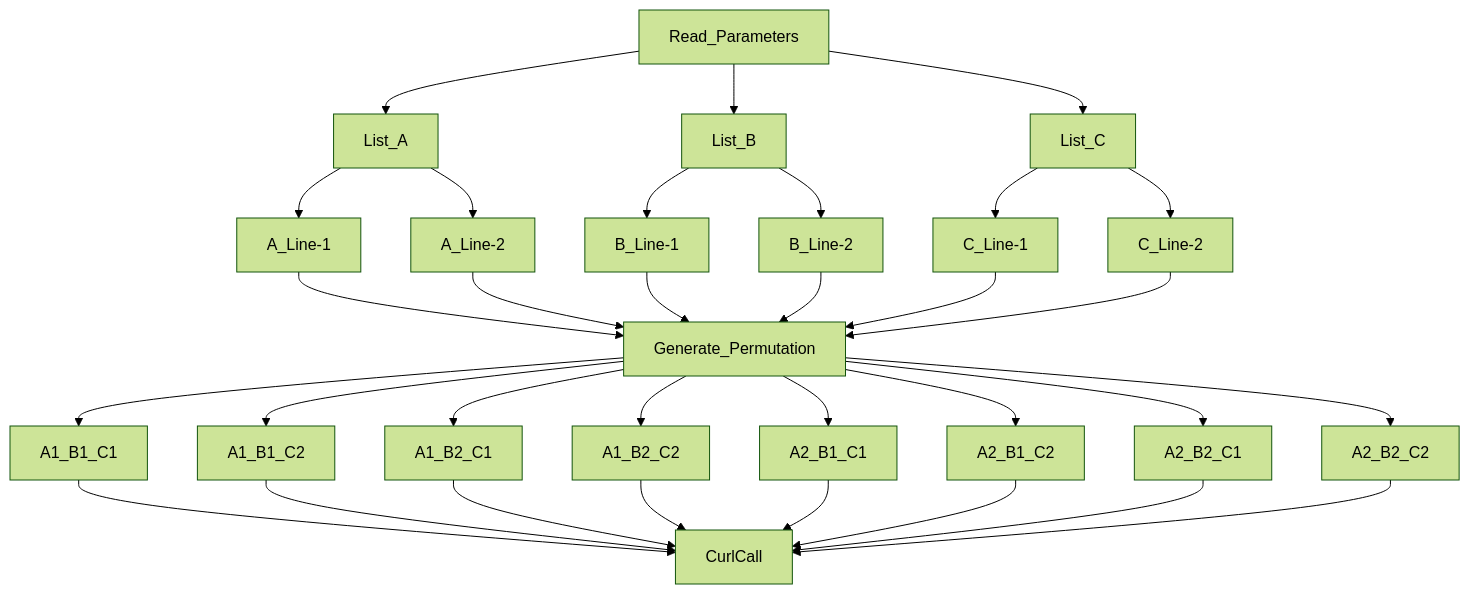
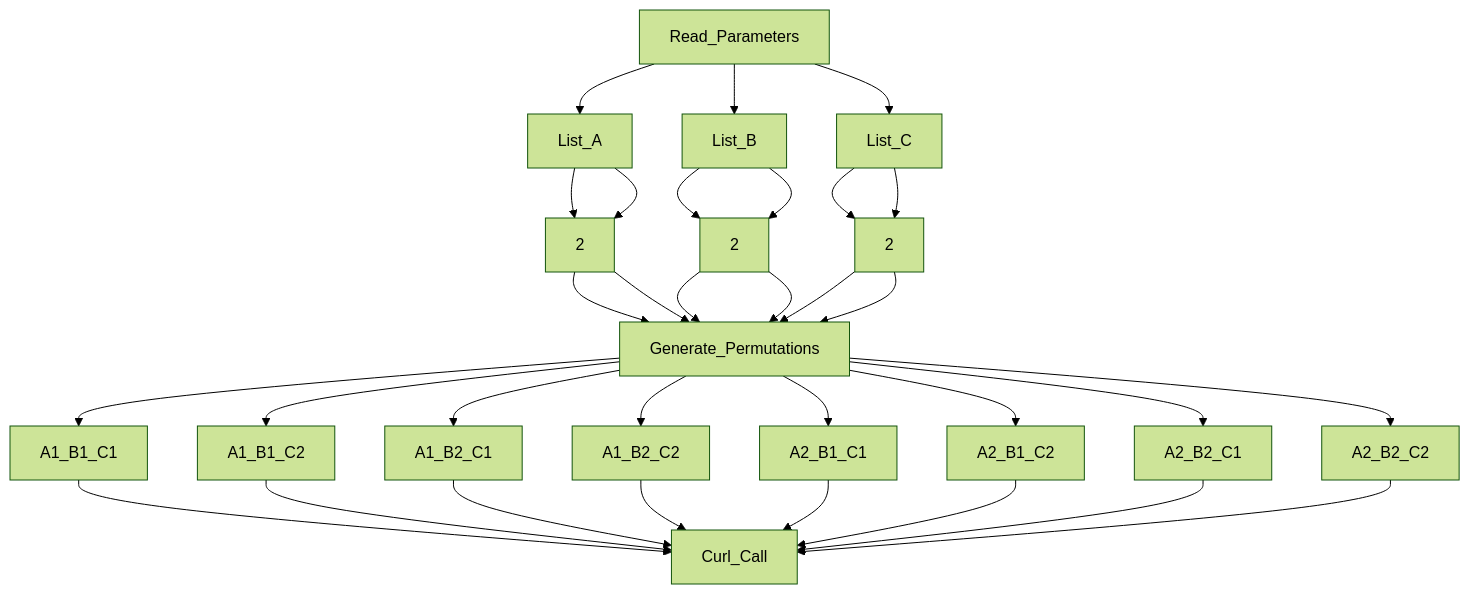
One commit to daedon/Fooocus-API-XYZ changed the diagram in README.md. Above: the diagram before and after it, drawn with Mermaid (forest theme).

````diff
--- a/README.md
+++ b/README.md
@@ -144,39 +144,38 @@
 ```mermaid
 graph TD;
     Read_Parameters-->List_A;
     Read_Parameters-->List_B;
     Read_Parameters-->List_C;
-    List_A-->A_Line-1;
-    List_A-->A_Line-2;
-    List_B-->B_Line-1;
-    List_B-->B_Line-2;
-    List_C-->C_Line-1;
-    List_C-->C_Line-2;
+    List_A-->A[1];
+    List_A-->A[2];
+    List_B-->B[1];
+    List_B-->B[2];
+    List_C-->C[1];
+    List_C-->C[2];
 
-    A_Line-1-->Generate_Permutation;
-    A_Line-2-->Generate_Permutation;
-    B_Line-1-->Generate_Permutation;
-    B_Line-2-->Generate_Permutation;
-    C_Line-1-->Generate_Permutation;
-    C_Line-2-->Generate_Permutation;
+    A[1]-->Generate_Permutations;
+    A[2]-->Generate_Permutations;
+    B[1]-->Generate_Permutations;
+    B[2]-->Generate_Permutations;
+    C[1]-->Generate_Permutations;
+    C[2]-->Generate_Permutations;
 
-    Generate_Permutation-->A1_B1_C1;
-    Generate_Permutation-->A1_B1_C2;
-    Generate_Permutation-->A1_B2_C1;
-    Generate_Permutation-->A1_B2_C2;
-    Generate_Permutation-->A2_B1_C1;
-    Generate_Permutation-->A2_B1_C2;
-    Generate_Permutation-->A2_B2_C1;
-    Generate_Permutation-->A2_B2_C2;
+    Generate_Permutations-->A1_B1_C1;
+    Generate_Permutations-->A1_B1_C2;
+    Generate_Permutations-->A1_B2_C1;
+    Generate_Permutations-->A1_B2_C2;
+    Generate_Permutations-->A2_B1_C1;
+    Generate_Permutations-->A2_B1_C2;
+    Generate_Permutations-->A2_B2_C1;
+    Generate_Permutations-->A2_B2_C2;
 
-    A1_B1_C1-->CurlCall;
-    A1_B1_C2-->CurlCall;
-    A1_B2_C1-->CurlCall;
-    A1_B2_C2-->CurlCall;
-    A2_B1_C1-->CurlCall;
-    A2_B1_C2-->CurlCall;
-    A2_B2_C1-->CurlCall;
-    A2_B2_C2-->CurlCall;
-
+    A1_B1_C1-->Curl_Call;
+    A1_B1_C2-->Curl_Call;
+    A1_B2_C1-->Curl_Call;
+    A1_B2_C2-->Curl_Call;
+    A2_B1_C1-->Curl_Call;
+    A2_B1_C2-->Curl_Call;
+    A2_B2_C1-->Curl_Call;
+    A2_B2_C2-->Curl_Call;
 
 ```
````
